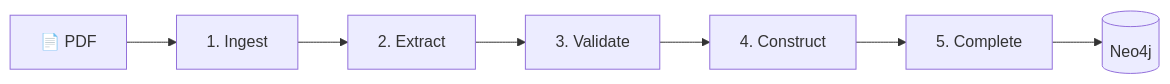
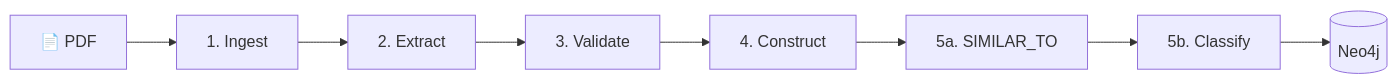
Before and after one commit to kemendikbud-kgc/llm-kg-completion: the first of 3 diagrams in README.md, drawn with Mermaid. The commit also changed other lines of this file, not shown here.

````diff
--- a/README.md
+++ b/README.md
@@ -17,9 +18,10 @@
 ```mermaid
 flowchart LR
     PDF[📄 PDF] --> A[1. Ingest]
     A --> B[2. Extract]
     B --> C[3. Validate]
     C --> D[4. Construct]
-    D --> E[5. Complete]
-    E --> KG[(Neo4j)]
+    D --> E[5a. SIMILAR_TO]
+    E --> F[5b. Classify]
+    F --> KG[(Neo4j)]
 ```
````
